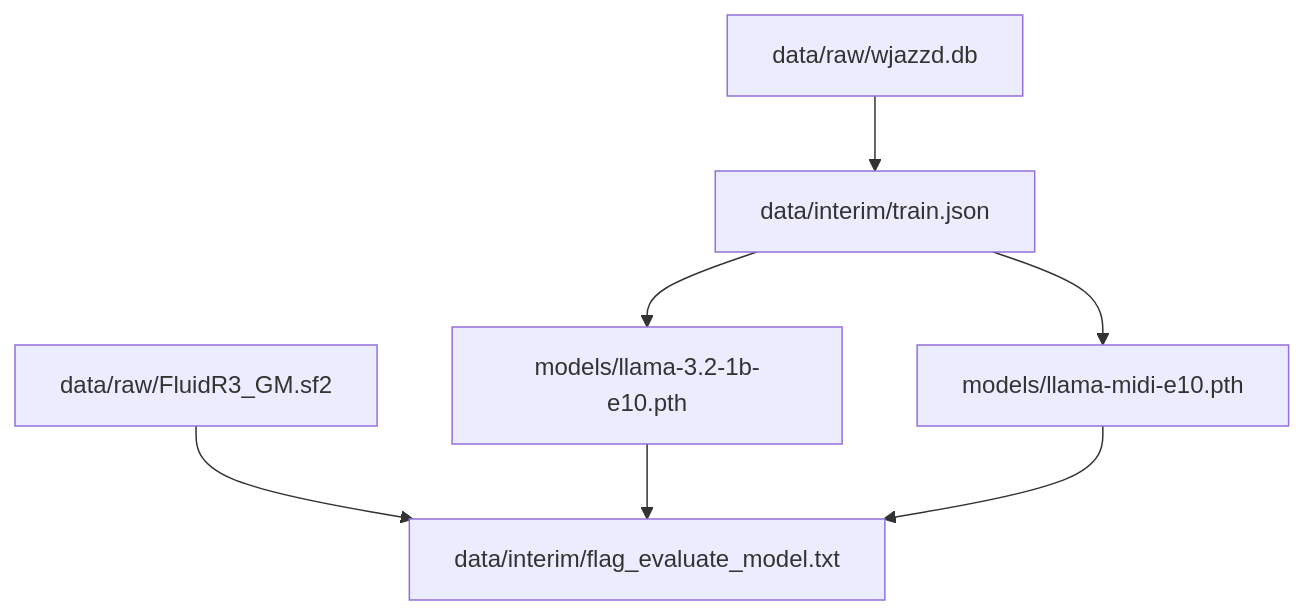
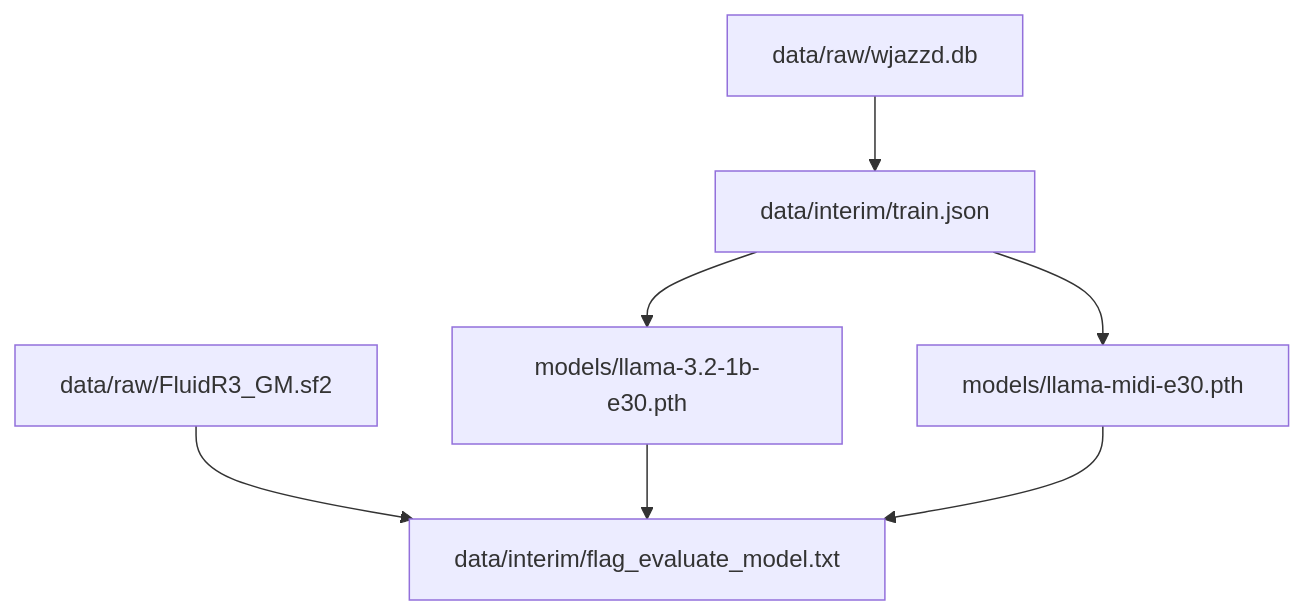
Before and after one commit to u-masao/melody-flow: the second of 2 diagrams in PIPELINE.md, drawn with Mermaid.

Commit message:
update pipeline

````diff
--- a/PIPELINE.md
+++ b/PIPELINE.md
@@ -23,15 +23,15 @@
 ```mermaid
 flowchart TD
 	node1["data/interim/flag_evaluate_model.txt"]
 	node2["data/interim/train.json"]
 	node3["data/raw/FluidR3_GM.sf2"]
 	node4["data/raw/wjazzd.db"]
-	node5["models/llama-3.2-1b-e10.pth"]
-	node6["models/llama-midi-e10.pth"]
+	node5["models/llama-3.2-1b-e30.pth"]
+	node6["models/llama-midi-e30.pth"]
 	node2-->node5
 	node2-->node6
 	node3-->node1
 	node4-->node2
 	node5-->node1
 	node6-->node1
 ```
````
